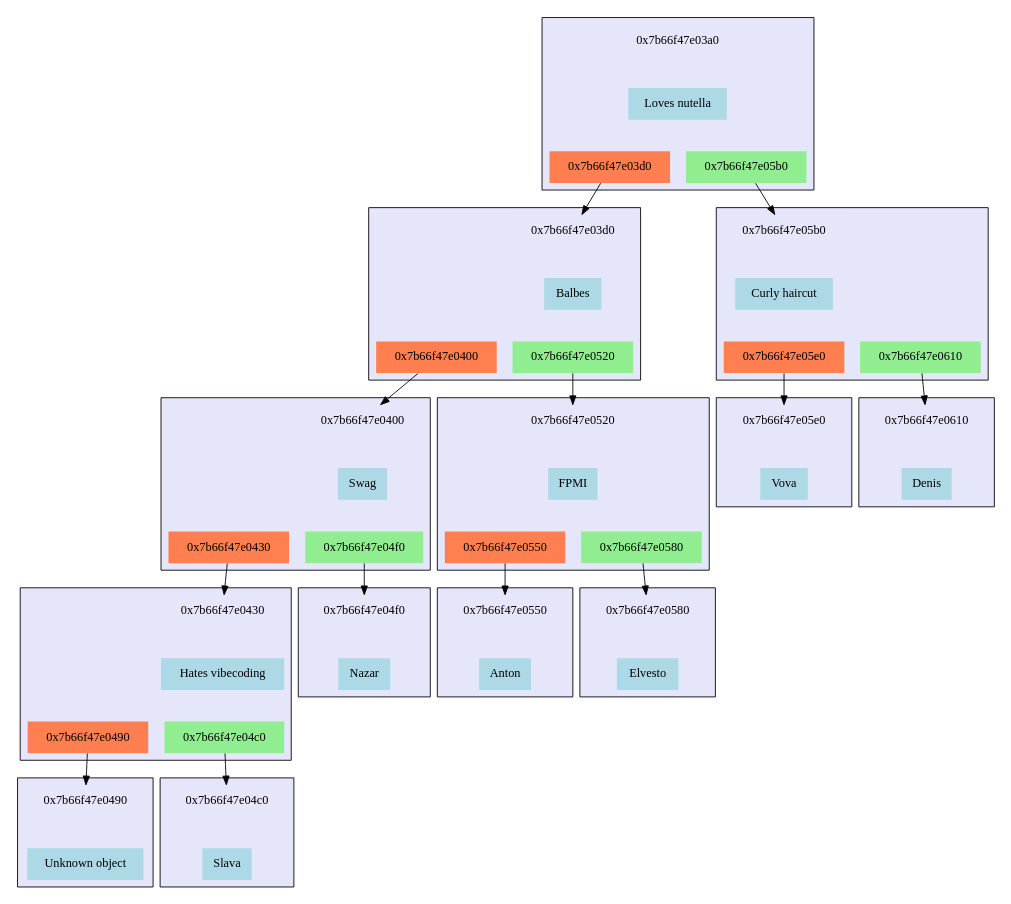
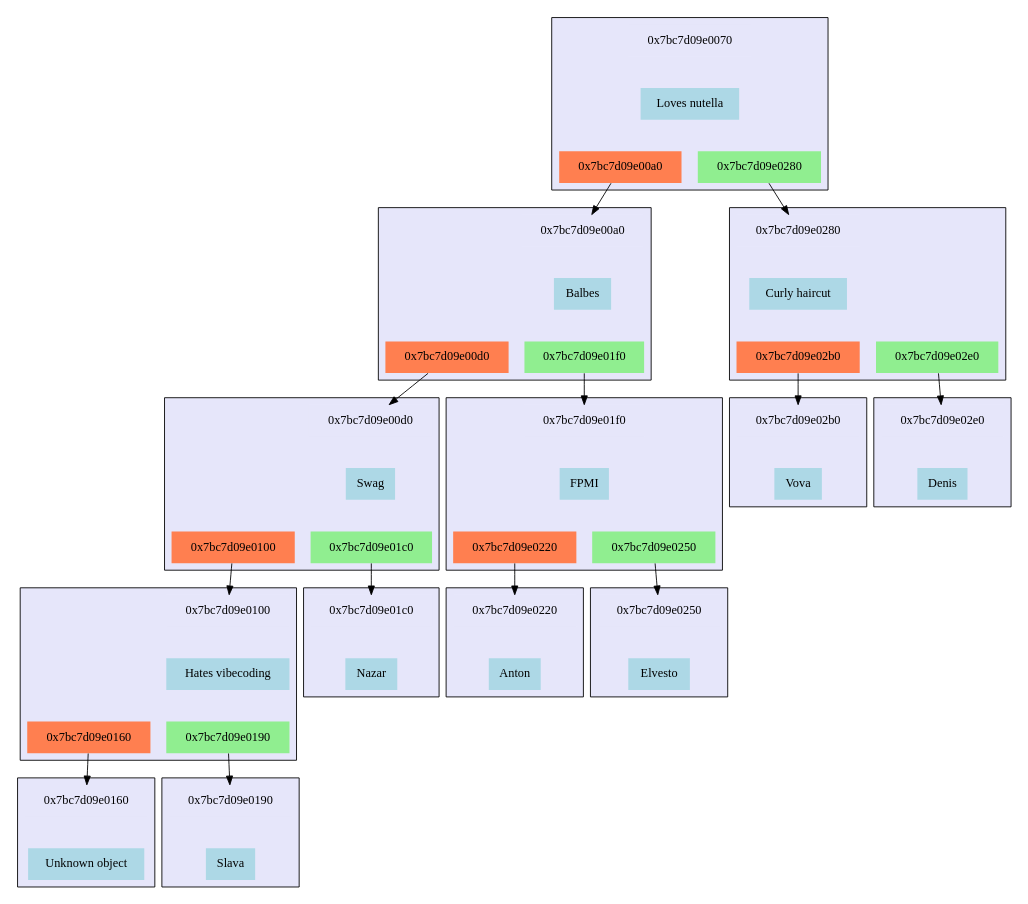
Before and after one commit to MasterVAE/MIPT_Akinator: the diagram in files/tree.dot, drawn with Graphviz. The commit also changed 2 other files, not shown here.

```diff
--- a/files/tree.dot
+++ b/files/tree.dot
@@ -1,208 +1,208 @@
 digraph G {	 node [shape=plaintext, style="filled"];
 	 rankdir=TB;
-subgraph cluster_0x7b66f47e03a0                                     
+subgraph cluster_0x7bc7d09e0070                                     
 {                                                       
 	style=filled;                                         
 	rank=0;                                              
 	fillcolor=lavender;                                   
-	"0x7b66f47e03a0_address"[label="0x7b66f47e03a0",fillcolor="lavender"];  
-	"0x7b66f47e03a0_value"[label="Loves nutella",fillcolor="lightblue"];   
-	subgraph "0x7b66f47e03a0_bottom"                                
+	"0x7bc7d09e0070_address"[label="0x7bc7d09e0070",fillcolor="lavender"];  
+	"0x7bc7d09e0070_value"[label="Loves nutella",fillcolor="lightblue"];   
+	subgraph "0x7bc7d09e0070_bottom"                                
 	{                                                     
 		 style=invis;                                       
-		"0x7b66f47e03a0_left"[label="0x7b66f47e03d0",fillcolor="coral"];      
-		"0x7b66f47e03a0_right"[label="0x7b66f47e05b0",fillcolor="lightgreen"];
+		"0x7bc7d09e0070_left"[label="0x7bc7d09e00a0",fillcolor="coral"];      
+		"0x7bc7d09e0070_right"[label="0x7bc7d09e0280",fillcolor="lightgreen"];
 	}                                                     
-	"0x7b66f47e03a0_address"->"0x7b66f47e03a0_value"[style=invis,weight=10];  
-	"0x7b66f47e03a0_value"->"0x7b66f47e03a0_left"[style=invis,weight=10];     
-	"0x7b66f47e03a0_value"->"0x7b66f47e03a0_right"[style=invis,weight=10];    
+	"0x7bc7d09e0070_address"->"0x7bc7d09e0070_value"[style=invis,weight=10];  
+	"0x7bc7d09e0070_value"->"0x7bc7d09e0070_left"[style=invis,weight=10];     
+	"0x7bc7d09e0070_value"->"0x7bc7d09e0070_right"[style=invis,weight=10];    
 }                                                       
-"0x7b66f47e03a0_left" -> "0x7b66f47e03d0_address";
-subgraph cluster_0x7b66f47e03d0                                     
+"0x7bc7d09e0070_left" -> "0x7bc7d09e00a0_address";
+subgraph cluster_0x7bc7d09e00a0                                     
 {                                                       
 	style=filled;                                         
 	rank=1;                                              
 	fillcolor=lavender;                                   
-	"0x7b66f47e03d0_address"[label="0x7b66f47e03d0",fillcolor="lavender"];  
-	"0x7b66f47e03d0_value"[label="Balbes",fillcolor="lightblue"];   
-	subgraph "0x7b66f47e03d0_bottom"                                
+	"0x7bc7d09e00a0_address"[label="0x7bc7d09e00a0",fillcolor="lavender"];  
+	"0x7bc7d09e00a0_value"[label="Balbes",fillcolor="lightblue"];   
+	subgraph "0x7bc7d09e00a0_bottom"                                
 	{                                                     
 		 style=invis;                                       
-		"0x7b66f47e03d0_left"[label="0x7b66f47e0400",fillcolor="coral"];      
-		"0x7b66f47e03d0_right"[label="0x7b66f47e0520",fillcolor="lightgreen"];
+		"0x7bc7d09e00a0_left"[label="0x7bc7d09e00d0",fillcolor="coral"];      
+		"0x7bc7d09e00a0_right"[label="0x7bc7d09e01f0",fillcolor="lightgreen"];
 	}                                                     
-	"0x7b66f47e03d0_address"->"0x7b66f47e03d0_value"[style=invis,weight=10];  
-	"0x7b66f47e03d0_value"->"0x7b66f47e03d0_left"[style=invis,weight=10];     
-	"0x7b66f47e03d0_value"->"0x7b66f47e03d0_right"[style=invis,weight=10];    
+	"0x7bc7d09e00a0_address"->"0x7bc7d09e00a0_value"[style=invis,weight=10];  
+	"0x7bc7d09e00a0_value"->"0x7bc7d09e00a0_left"[style=invis,weight=10];     
+	"0x7bc7d09e00a0_value"->"0x7bc7d09e00a0_right"[style=invis,weight=10];    
 }                                                       
-"0x7b66f47e03d0_left" -> "0x7b66f47e0400_address";
-subgraph cluster_0x7b66f47e0400                                     
+"0x7bc7d09e00a0_left" -> "0x7bc7d09e00d0_address";
+subgraph cluster_0x7bc7d09e00d0                                     
 {                                                       
 	style=filled;                                         
 	rank=2;                                              
 	fillcolor=lavender;                                   
-	"0x7b66f47e0400_address"[label="0x7b66f47e0400",fillcolor="lavender"];  
-	"0x7b66f47e0400_value"[label="Swag",fillcolor="lightblue"];   
-	subgraph "0x7b66f47e0400_bottom"                                
+	"0x7bc7d09e00d0_address"[label="0x7bc7d09e00d0",fillcolor="lavender"];  
+	"0x7bc7d09e00d0_value"[label="Swag",fillcolor="lightblue"];   
+	subgraph "0x7bc7d09e00d0_bottom"                                
 	{                                                     
 		 style=invis;                                       
-		"0x7b66f47e0400_left"[label="0x7b66f47e0430",fillcolor="coral"];      
-		"0x7b66f47e0400_right"[label="0x7b66f47e04f0",fillcolor="lightgreen"];
+		"0x7bc7d09e00d0_left"[label="0x7bc7d09e0100",fillcolor="coral"];      
+		"0x7bc7d09e00d0_right"[label="0x7bc7d09e01c0",fillcolor="lightgreen"];
 	}                                                     
-	"0x7b66f47e0400_address"->"0x7b66f47e0400_value"[style=invis,weight=10];  
-	"0x7b66f47e0400_value"->"0x7b66f47e0400_left"[style=invis,weight=10];     
-	"0x7b66f47e0400_value"->"0x7b66f47e0400_right"[style=invis,weight=10];    
+	"0x7bc7d09e00d0_address"->"0x7bc7d09e00d0_value"[style=invis,weight=10];  
+	"0x7bc7d09e00d0_value"->"0x7bc7d09e00d0_left"[style=invis,weight=10];     
+	"0x7bc7d09e00d0_value"->"0x7bc7d09e00d0_right"[style=invis,weight=10];    
 }                                                       
-"0x7b66f47e0400_left" -> "0x7b66f47e0430_address";
-subgraph cluster_0x7b66f47e0430                                     
+"0x7bc7d09e00d0_left" -> "0x7bc7d09e0100_address";
+subgraph cluster_0x7bc7d09e0100                                     
 {                                                       
 	style=filled;                                         
 	rank=3;                                              
 	fillcolor=lavender;                                   
-	"0x7b66f47e0430_address"[label="0x7b66f47e0430",fillcolor="lavender"];  
-	"0x7b66f47e0430_value"[label="Hates vibecoding",fillcolor="lightblue"];   
-	subgraph "0x7b66f47e0430_bottom"                                
+	"0x7bc7d09e0100_address"[label="0x7bc7d09e0100",fillcolor="lavender"];  
+	"0x7bc7d09e0100_value"[label="Hates vibecoding",fillcolor="lightblue"];   
+	subgraph "0x7bc7d09e0100_bottom"                                
 	{                                                     
 		 style=invis;                                       
-		"0x7b66f47e0430_left"[label="0x7b66f47e0490",fillcolor="coral"];      
-		"0x7b66f47e0430_right"[label="0x7b66f47e04c0",fillcolor="lightgreen"];
+		"0x7bc7d09e0100_left"[label="0x7bc7d09e0160",fillcolor="coral"];      
+		"0x7bc7d09e0100_right"[label="0x7bc7d09e0190",fillcolor="lightgreen"];
 	}                                                     
-	"0x7b66f47e0430_address"->"0x7b66f47e0430_value"[style=invis,weight=10];  
-	"0x7b66f47e0430_value"->"0x7b66f47e0430_left"[style=invis,weight=10];     
-	"0x7b66f47e0430_value"->"0x7b66f47e0430_right"[style=invis,weight=10];    
+	"0x7bc7d09e0100_address"->"0x7bc7d09e0100_value"[style=invis,weight=10];  
+	"0x7bc7d09e0100_value"->"0x7bc7d09e0100_left"[style=invis,weight=10];     
+	"0x7bc7d09e0100_value"->"0x7bc7d09e0100_right"[style=invis,weight=10];    
 }                                                       
-"0x7b66f47e0430_left" -> "0x7b66f47e0490_address";
-subgraph cluster_0x7b66f47e0490                                     
+"0x7bc7d09e0100_left" -> "0x7bc7d09e0160_address";
+subgraph cluster_0x7bc7d09e0160                                     
 {                                                       
 	style=filled;                                         
 	rank=4;                                              
 	fillcolor=lavender;                                   
-	"0x7b66f47e0490_address"[label="0x7b66f47e0490",fillcolor="lavender"];  
-	"0x7b66f47e0490_value"[label="Unknown object",fillcolor="lightblue"];   
-	subgraph "0x7b66f47e0490_bottom"                                
+	"0x7bc7d09e0160_address"[label="0x7bc7d09e0160",fillcolor="lavender"];  
+	"0x7bc7d09e0160_value"[label="Unknown object",fillcolor="lightblue"];   
+	subgraph "0x7bc7d09e0160_bottom"                                
 	{                                                     
 		 style=invis;                                       
 	}                                                     
-	"0x7b66f47e0490_address"->"0x7b66f47e0490_value"[style=invis,weight=10];  
+	"0x7bc7d09e0160_address"->"0x7bc7d09e0160_value"[style=invis,weight=10];  
 }                                                       
-"0x7b66f47e0430_right" -> "0x7b66f47e04c0_address";
-subgraph cluster_0x7b66f47e04c0                                     
+"0x7bc7d09e0100_right" -> "0x7bc7d09e0190_address";
+subgraph cluster_0x7bc7d09e0190                                     
 {                                                       
 	style=filled;                                         
 	rank=4;                                              
 	fillcolor=lavender;                                   
-	"0x7b66f47e04c0_address"[label="0x7b66f47e04c0",fillcolor="lavender"];  
-	"0x7b66f47e04c0_value"[label="Slava",fillcolor="lightblue"];   
-	subgraph "0x7b66f47e04c0_bottom"                                
+	"0x7bc7d09e0190_address"[label="0x7bc7d09e0190",fillcolor="lavender"];  
+	"0x7bc7d09e0190_value"[label="Slava",fillcolor="lightblue"];   
+	subgraph "0x7bc7d09e0190_bottom"                                
 	{                                                     
 		 style=invis;                                       
 	}                                                     
-	"0x7b66f47e04c0_address"->"0x7b66f47e04c0_value"[style=invis,weight=10];  
+	"0x7bc7d09e0190_address"->"0x7bc7d09e0190_value"[style=invis,weight=10];  
 }                                                       
-"0x7b66f47e0400_right" -> "0x7b66f47e04f0_address";
-subgraph cluster_0x7b66f47e04f0                                     
+"0x7bc7d09e00d0_right" -> "0x7bc7d09e01c0_address";
+subgraph cluster_0x7bc7d09e01c0                                     
 {                                                       
 	style=filled;                                         
 	rank=3;                                              
 	fillcolor=lavender;                                   
-	"0x7b66f47e04f0_address"[label="0x7b66f47e04f0",fillcolor="lavender"];  
-	"0x7b66f47e04f0_value"[label="Nazar",fillcolor="lightblue"];   
-	subgraph "0x7b66f47e04f0_bottom"                                
+	"0x7bc7d09e01c0_address"[label="0x7bc7d09e01c0",fillcolor="lavender"];  
+	"0x7bc7d09e01c0_value"[label="Nazar",fillcolor="lightblue"];   
+	subgraph "0x7bc7d09e01c0_bottom"                                
 	{                                                     
 		 style=invis;                                       
 	}                                                     
-	"0x7b66f47e04f0_address"->"0x7b66f47e04f0_value"[style=invis,weight=10];  
+	"0x7bc7d09e01c0_address"->"0x7bc7d09e01c0_value"[style=invis,weight=10];  
 }                                                       
-"0x7b66f47e03d0_right" -> "0x7b66f47e0520_address";
-subgraph cluster_0x7b66f47e0520                                     
+"0x7bc7d09e00a0_right" -> "0x7bc7d09e01f0_address";
+subgraph cluster_0x7bc7d09e01f0                                     
 {                                                       
 	style=filled;                                         
 	rank=2;                                              
 	fillcolor=lavender;                                   
-	"0x7b66f47e0520_address"[label="0x7b66f47e0520",fillcolor="lavender"];  
-	"0x7b66f47e0520_value"[label="FPMI",fillcolor="lightblue"];   
-	subgraph "0x7b66f47e0520_bottom"                                
+	"0x7bc7d09e01f0_address"[label="0x7bc7d09e01f0",fillcolor="lavender"];  
+	"0x7bc7d09e01f0_value"[label="FPMI",fillcolor="lightblue"];   
+	subgraph "0x7bc7d09e01f0_bottom"                                
 	{                                                     
 		 style=invis;                                       
-		"0x7b66f47e0520_left"[label="0x7b66f47e0550",fillcolor="coral"];      
-		"0x7b66f47e0520_right"[label="0x7b66f47e0580",fillcolor="lightgreen"];
+		"0x7bc7d09e01f0_left"[label="0x7bc7d09e0220",fillcolor="coral"];      
+		"0x7bc7d09e01f0_right"[label="0x7bc7d09e0250",fillcolor="lightgreen"];
 	}                                                     
-	"0x7b66f47e0520_address"->"0x7b66f47e0520_value"[style=invis,weight=10];  
-	"0x7b66f47e0520_value"->"0x7b66f47e0520_left"[style=invis,weight=10];     
-	"0x7b66f47e0520_value"->"0x7b66f47e0520_right"[style=invis,weight=10];    
+	"0x7bc7d09e01f0_address"->"0x7bc7d09e01f0_value"[style=invis,weight=10];  
+	"0x7bc7d09e01f0_value"->"0x7bc7d09e01f0_left"[style=invis,weight=10];     
+	"0x7bc7d09e01f0_value"->"0x7bc7d09e01f0_right"[style=invis,weight=10];    
 }                                                       
-"0x7b66f47e0520_left" -> "0x7b66f47e0550_address";
-subgraph cluster_0x7b66f47e0550                                     
+"0x7bc7d09e01f0_left" -> "0x7bc7d09e0220_address";
+subgraph cluster_0x7bc7d09e0220                                     
 {                                                       
 	style=filled;                                         
 	rank=3;                                              
 	fillcolor=lavender;                                   
-	"0x7b66f47e0550_address"[label="0x7b66f47e0550",fillcolor="lavender"];  
-	"0x7b66f47e0550_value"[label="Anton",fillcolor="lightblue"];   
-	subgraph "0x7b66f47e0550_bottom"                                
+	"0x7bc7d09e0220_address"[label="0x7bc7d09e0220",fillcolor="lavender"];  
+	"0x7bc7d09e0220_value"[label="Anton",fillcolor="lightblue"];   
+	subgraph "0x7bc7d09e0220_bottom"                                
 	{                                                     
 		 style=invis;                                       
 	}                                                     
-	"0x7b66f47e0550_address"->"0x7b66f47e0550_value"[style=invis,weight=10];  
+	"0x7bc7d09e0220_address"->"0x7bc7d09e0220_value"[style=invis,weight=10];  
 }                                                       
-"0x7b66f47e0520_right" -> "0x7b66f47e0580_address";
-subgraph cluster_0x7b66f47e0580                                     
+"0x7bc7d09e01f0_right" -> "0x7bc7d09e0250_address";
+subgraph cluster_0x7bc7d09e0250                                     
 {                                                       
 	style=filled;                                         
 	rank=3;                                              
 	fillcolor=lavender;                                   
-	"0x7b66f47e0580_address"[label="0x7b66f47e0580",fillcolor="lavender"];  
-	"0x7b66f47e0580_value"[label="Elvesto",fillcolor="lightblue"];   
-	subgraph "0x7b66f47e0580_bottom"                                
+	"0x7bc7d09e0250_address"[label="0x7bc7d09e0250",fillcolor="lavender"];  
+	"0x7bc7d09e0250_value"[label="Elvesto",fillcolor="lightblue"];   
+	subgraph "0x7bc7d09e0250_bottom"                                
 	{                                                     
 		 style=invis;                                       
 	}                                                     
-	"0x7b66f47e0580_address"->"0x7b66f47e0580_value"[style=invis,weight=10];  
+	"0x7bc7d09e0250_address"->"0x7bc7d09e0250_value"[style=invis,weight=10];  
 }                                                       
-"0x7b66f47e03a0_right" -> "0x7b66f47e05b0_address";
-subgraph cluster_0x7b66f47e05b0                                     
+"0x7bc7d09e0070_right" -> "0x7bc7d09e0280_address";
+subgraph cluster_0x7bc7d09e0280                                     
 {                                                       
 	style=filled;                                         
 	rank=1;                                              
 	fillcolor=lavender;                                   
-	"0x7b66f47e05b0_address"[label="0x7b66f47e05b0",fillcolor="lavender"];  
-	"0x7b66f47e05b0_value"[label="Curly haircut",fillcolor="lightblue"];   
-	subgraph "0x7b66f47e05b0_bottom"                                
+	"0x7bc7d09e0280_address"[label="0x7bc7d09e0280",fillcolor="lavender"];  
+	"0x7bc7d09e0280_value"[label="Curly haircut",fillcolor="lightblue"];   
+	subgraph "0x7bc7d09e0280_bottom"                                
 	{                                                     
 		 style=invis;                                       
-		"0x7b66f47e05b0_left"[label="0x7b66f47e05e0",fillcolor="coral"];      
-		"0x7b66f47e05b0_right"[label="0x7b66f47e0610",fillcolor="lightgreen"];
+		"0x7bc7d09e0280_left"[label="0x7bc7d09e02b0",fillcolor="coral"];      
+		"0x7bc7d09e0280_right"[label="0x7bc7d09e02e0",fillcolor="lightgreen"];
 	}                                                     
-	"0x7b66f47e05b0_address"->"0x7b66f47e05b0_value"[style=invis,weight=10];  
-	"0x7b66f47e05b0_value"->"0x7b66f47e05b0_left"[style=invis,weight=10];     
-	"0x7b66f47e05b0_value"->"0x7b66f47e05b0_right"[style=invis,weight=10];    
+	"0x7bc7d09e0280_address"->"0x7bc7d09e0280_value"[style=invis,weight=10];  
+	"0x7bc7d09e0280_value"->"0x7bc7d09e0280_left"[style=invis,weight=10];     
+	"0x7bc7d09e0280_value"->"0x7bc7d09e0280_right"[style=invis,weight=10];    
 }                                                       
-"0x7b66f47e05b0_left" -> "0x7b66f47e05e0_address";
-subgraph cluster_0x7b66f47e05e0                                     
+"0x7bc7d09e0280_left" -> "0x7bc7d09e02b0_address";
+subgraph cluster_0x7bc7d09e02b0                                     
 {                                                       
 	style=filled;                                         
 	rank=2;                                              
 	fillcolor=lavender;                                   
-	"0x7b66f47e05e0_address"[label="0x7b66f47e05e0",fillcolor="lavender"];  
-	"0x7b66f47e05e0_value"[label="Vova",fillcolor="lightblue"];   
-	subgraph "0x7b66f47e05e0_bottom"                                
+	"0x7bc7d09e02b0_address"[label="0x7bc7d09e02b0",fillcolor="lavender"];  
+	"0x7bc7d09e02b0_value"[label="Vova",fillcolor="lightblue"];   
+	subgraph "0x7bc7d09e02b0_bottom"                                
 	{                                                     
 		 style=invis;                                       
 	}                                                     
-	"0x7b66f47e05e0_address"->"0x7b66f47e05e0_value"[style=invis,weight=10];  
+	"0x7bc7d09e02b0_address"->"0x7bc7d09e02b0_value"[style=invis,weight=10];  
 }                                                       
-"0x7b66f47e05b0_right" -> "0x7b66f47e0610_address";
-subgraph cluster_0x7b66f47e0610                                     
+"0x7bc7d09e0280_right" -> "0x7bc7d09e02e0_address";
+subgraph cluster_0x7bc7d09e02e0                                     
 {                                                       
 	style=filled;                                         
 	rank=2;                                              
 	fillcolor=lavender;                                   
-	"0x7b66f47e0610_address"[label="0x7b66f47e0610",fillcolor="lavender"];  
-	"0x7b66f47e0610_value"[label="Denis",fillcolor="lightblue"];   
-	subgraph "0x7b66f47e0610_bottom"                                
+	"0x7bc7d09e02e0_address"[label="0x7bc7d09e02e0",fillcolor="lavender"];  
+	"0x7bc7d09e02e0_value"[label="Denis",fillcolor="lightblue"];   
+	subgraph "0x7bc7d09e02e0_bottom"                                
 	{                                                     
 		 style=invis;                                       
 	}                                                     
-	"0x7b66f47e0610_address"->"0x7b66f47e0610_value"[style=invis,weight=10];  
+	"0x7bc7d09e02e0_address"->"0x7bc7d09e02e0_value"[style=invis,weight=10];  
 }                                                       
 }
```
